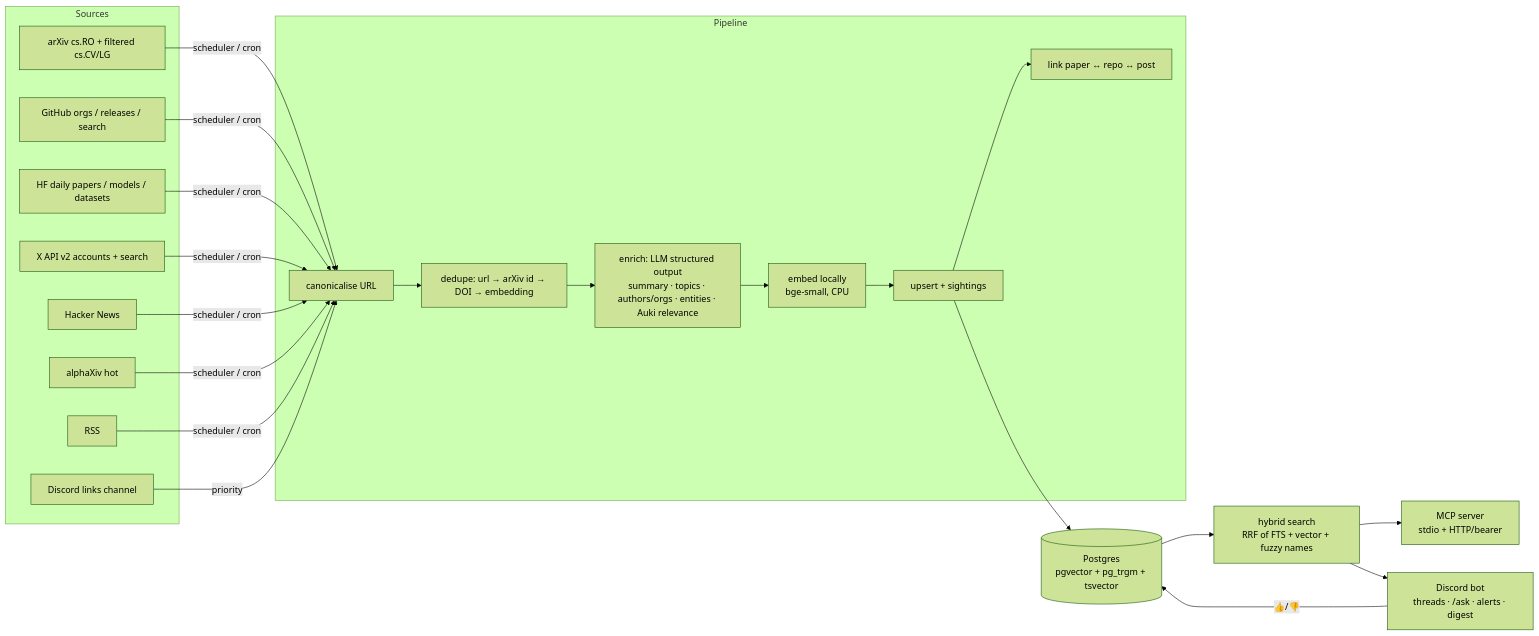
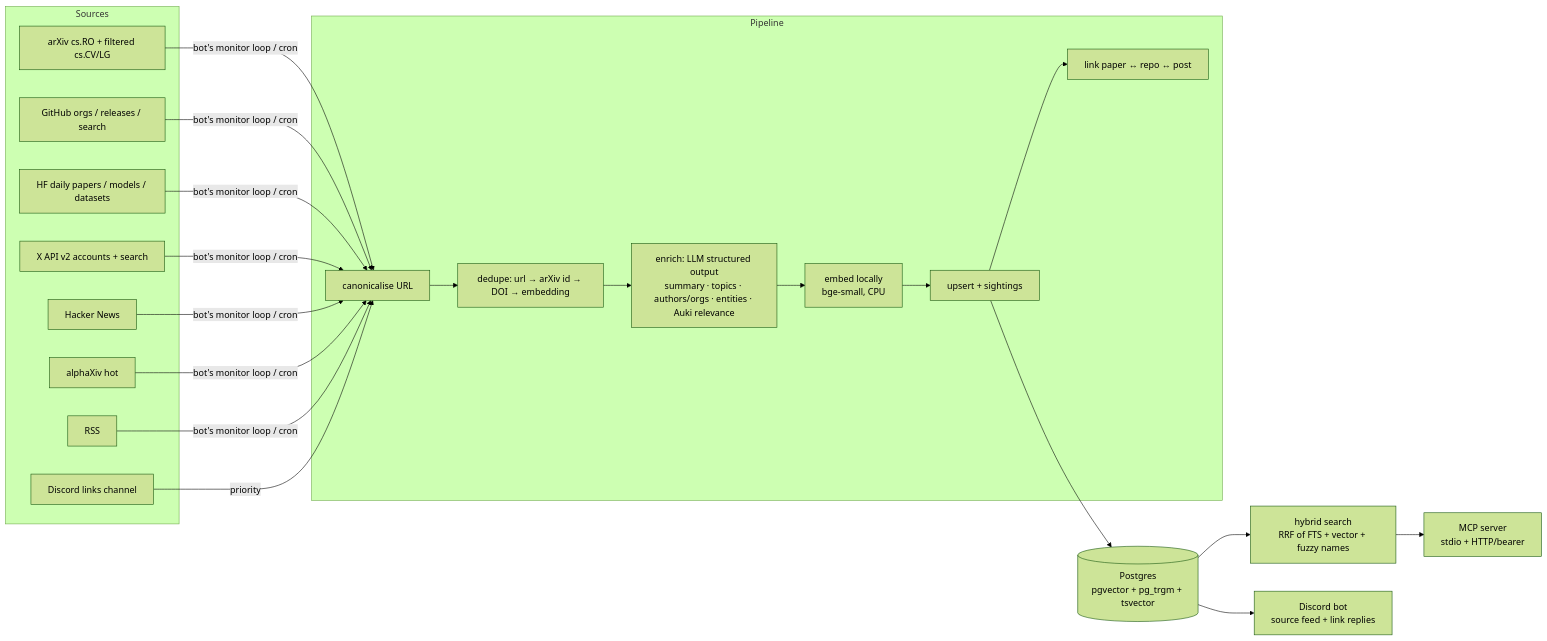
One commit to bennytay/scout changed the diagram in README.md. Above: the diagram before and after it, drawn with Mermaid (forest theme). The commit also changed other lines of this file and 18 other files, not shown here.

First line of the commit message:
Strip the bot back to the brief: passive source feed + 4-bullet link replies

````diff
--- a/README.md
+++ b/README.md
@@ -10,25 +13,24 @@
 ```mermaid
 flowchart LR
   subgraph Sources
     A[arXiv cs.RO + filtered cs.CV/LG]
     G[GitHub orgs / releases / search]
     H[HF daily papers / models / datasets]
     X[X API v2 accounts + search]
     N[Hacker News]
     AX[alphaXiv hot]
     R[RSS]
     D[Discord links channel]
   end
   subgraph Pipeline
     C[canonicalise URL] --> DD[dedupe: url → arXiv id → DOI → embedding]
     DD --> E[enrich: LLM structured output<br/>summary · topics · authors/orgs · entities · Auki relevance]
     E --> EM[embed locally<br/>bge-small, CPU] --> U[upsert + sightings] --> L[link paper ↔ repo ↔ post]
   end
-  A & G & H & X & N & AX & R -->|scheduler / cron| C
+  A & G & H & X & N & AX & R -->|bot's monitor loop / cron| C
   D -->|priority| C
   U --> PG[(Postgres<br/>pgvector + pg_trgm + tsvector)]
   PG --> S[hybrid search<br/>RRF of FTS + vector + fuzzy names]
   S --> MCP[MCP server<br/>stdio + HTTP/bearer]
-  S --> BOT[Discord bot<br/>threads · /ask · alerts · digest]
-  BOT -->|👍/👎| PG
+  PG --> BOT[Discord bot<br/>source feed + link replies]
 ```
````
